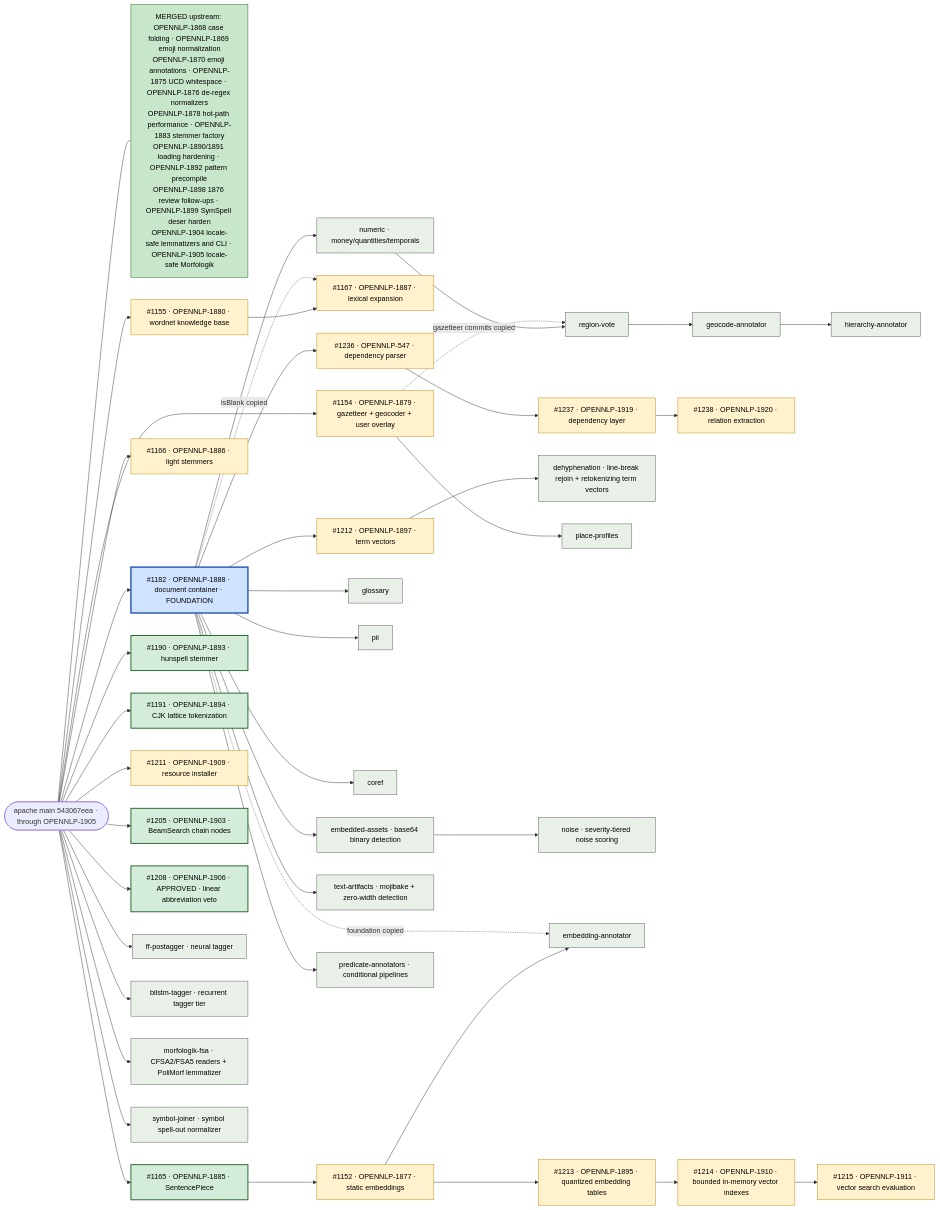
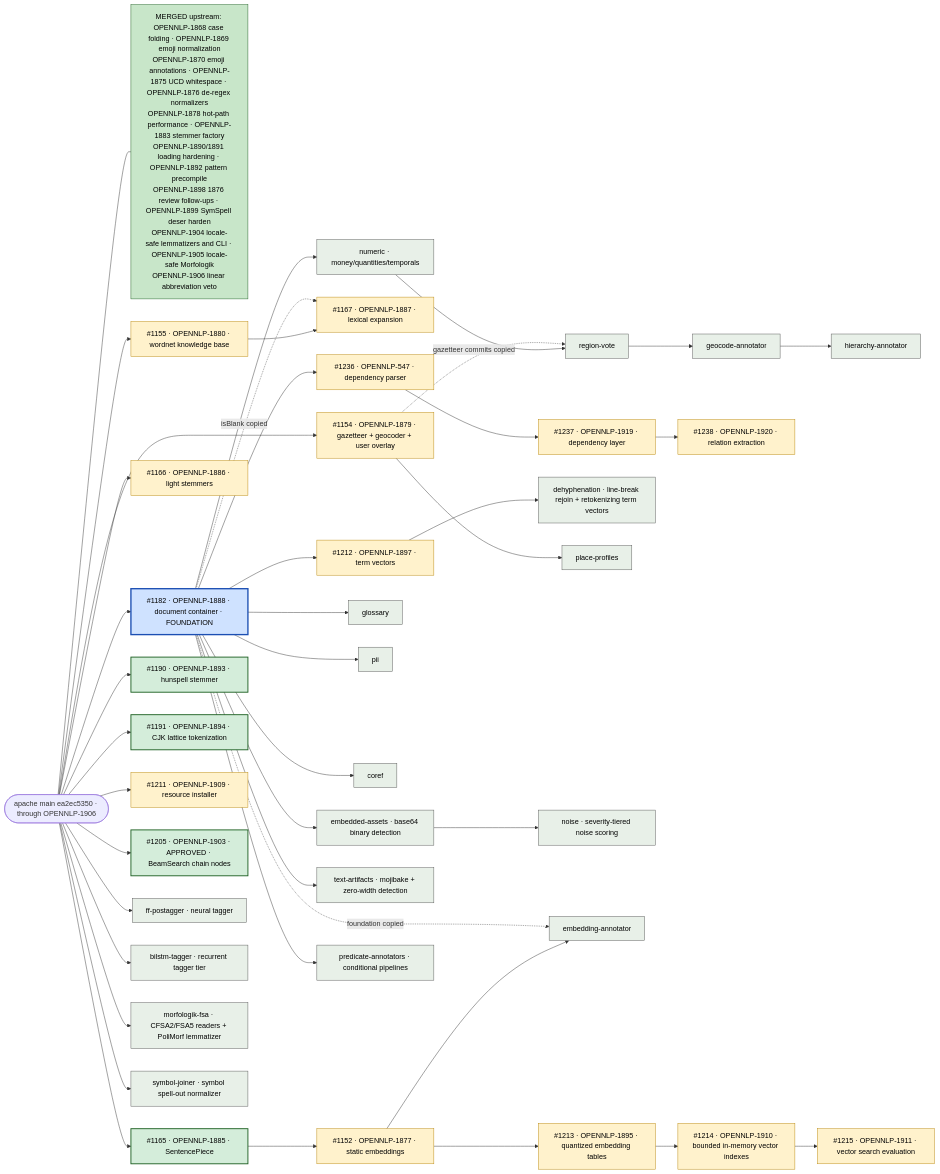
Before and after one commit to ai-pipestream/opennlp: the diagram in RESEARCH_BRANCHES.md, drawn with Mermaid. The commit also changed other lines of this file, not shown here.

Commit message:
Record OPENNLP-1906 merge and refresh live heads in the branch map

````diff
--- a/RESEARCH_BRANCHES.md
+++ b/RESEARCH_BRANCHES.md
@@ -53,73 +54,72 @@
 ```mermaid
 flowchart LR
-  main(["apache main 543067eea · through OPENNLP-1905"])
+  main(["apache main ea2ec5350 · through OPENNLP-1906"])
 
-  merged["MERGED upstream: OPENNLP-1868 case folding · OPENNLP-1869 emoji normalization<br/>OPENNLP-1870 emoji annotations · OPENNLP-1875 UCD whitespace · OPENNLP-1876 de-regex normalizers<br/>OPENNLP-1878 hot-path performance · OPENNLP-1883 stemmer factory<br/>OPENNLP-1890/1891 loading hardening · OPENNLP-1892 pattern precompile<br/>OPENNLP-1898 1876 review follow-ups · OPENNLP-1899 SymSpell deser harden<br/>OPENNLP-1904 locale-safe lemmatizers and CLI · OPENNLP-1905 locale-safe Morfologik"]
+  merged["MERGED upstream: OPENNLP-1868 case folding · OPENNLP-1869 emoji normalization<br/>OPENNLP-1870 emoji annotations · OPENNLP-1875 UCD whitespace · OPENNLP-1876 de-regex normalizers<br/>OPENNLP-1878 hot-path performance · OPENNLP-1883 stemmer factory<br/>OPENNLP-1890/1891 loading hardening · OPENNLP-1892 pattern precompile<br/>OPENNLP-1898 1876 review follow-ups · OPENNLP-1899 SymSpell deser harden<br/>OPENNLP-1904 locale-safe lemmatizers and CLI · OPENNLP-1905 locale-safe Morfologik<br/>OPENNLP-1906 linear abbreviation veto"]
   main --- merged
 
   %% ---- open pull requests against apache/opennlp ----
   main --> p1182["#1182 · OPENNLP-1888 · document container · FOUNDATION"]
   main --> d1154["#1154 · OPENNLP-1879 · gazetteer + geocoder + user overlay"]
   main --> d1155["#1155 · OPENNLP-1880 · wordnet knowledge base"]
   d1155 --> d1167["#1167 · OPENNLP-1887 · lexical expansion"]
   p1182 -. isBlank copied .-> d1167
   main --> d1166["#1166 · OPENNLP-1886 · light stemmers"]
   main --> d1165["#1165 · OPENNLP-1885 · SentencePiece"]
   d1165 --> d1152["#1152 · OPENNLP-1877 · static embeddings"]
   d1152 --> p1213["#1213 · OPENNLP-1895 · quantized embedding tables"]
   p1213 --> p1214["#1214 · OPENNLP-1910 · bounded in-memory vector indexes"]
   p1214 --> p1215["#1215 · OPENNLP-1911 · vector search evaluation"]
   main --> huns["#1190 · OPENNLP-1893 · hunspell stemmer"]
   main --> cjk["#1191 · OPENNLP-1894 · CJK lattice tokenization"]
   main --> p1211["#1211 · OPENNLP-1909 · resource installer"]
 
   %% ---- open fix pull requests against apache/opennlp ----
-  main --> p1205["#1205 · OPENNLP-1903 · BeamSearch chain nodes"]
-  main --> p1208["#1208 · OPENNLP-1906 · APPROVED · linear abbreviation veto"]
+  main --> p1205["#1205 · OPENNLP-1903 · APPROVED · BeamSearch chain nodes"]
 
   p1182 --> p1212["#1212 · OPENNLP-1897 · term vectors"]
   p1182 --> p1236["#1236 · OPENNLP-547 · dependency parser"]
   p1236 --> p1237["#1237 · OPENNLP-1919 · dependency layer"]
   p1237 --> p1238["#1238 · OPENNLP-1920 · relation extraction"]
 
   %% ---- staged engines (this fork only) ----
   main --> fftag["ff-postagger · neural tagger"]
   main --> bilstm["bilstm-tagger · recurrent tagger tier"]
   main --> morf["morfologik-fsa · CFSA2/FSA5 readers + PoliMorf lemmatizer"]
   main --> sjoin["symbol-joiner · symbol spell-out normalizer"]
   p1212 --> dehyp["dehyphenation · line-break rejoin + retokenizing term vectors"]
   d1154 --> prof["place-profiles"]
 
   %% ---- staged annotators over the document container ----
   p1182 --> glos["glossary"]
   p1182 --> pii["pii"]
   p1182 --> coref["coref"]
   p1182 --> num["numeric · money/quantities/temporals"]
 
   %% ---- text-hygiene pack over the document container ----
   p1182 --> tart["text-artifacts · mojibake + zero-width detection"]
   p1182 --> asset["embedded-assets · base64 binary detection"]
   asset --> noiz["noise · severity-tiered noise scoring"]
   p1182 --> pred["predicate-annotators · conditional pipelines"]
 
   d1152 --> emb["embedding-annotator"]
   p1182 -. foundation copied .-> emb
 
   num --> rvote["region-vote"]
   d1154 -. gazetteer commits copied .-> rvote
   rvote --> geo["geocode-annotator"]
   geo --> hier["hierarchy-annotator"]
 
   classDef mergedC fill:#c8e6c9,stroke:#1b5e20,color:#000;
   classDef ready fill:#d4edda,stroke:#1b5e20,color:#000,stroke-width:2px;
   classDef draft fill:#fff2cc,stroke:#b8860b,color:#000;
   classDef foundation fill:#cfe2ff,stroke:#1c4fb3,color:#000,stroke-width:3px;
   classDef filed fill:#e6d9f2,stroke:#5b3a8e,color:#000,stroke-width:2px;
   classDef cut fill:#e8f0e8,stroke:#555,color:#000;
 
   class merged mergedC;
-  class d1165,huns,cjk,p1205,p1208 ready;
+  class d1165,huns,cjk,p1205 ready;
   class d1152,d1154,d1155,d1166,d1167,p1211,p1212,p1213,p1214,p1215,p1236,p1237,p1238 draft;
   class p1182 foundation;
   class fftag,bilstm,morf,sjoin,dehyp,prof,glos,pii,coref,num,tart,asset,noiz,pred,geo,hier,rvote,emb cut;
 ```
````
